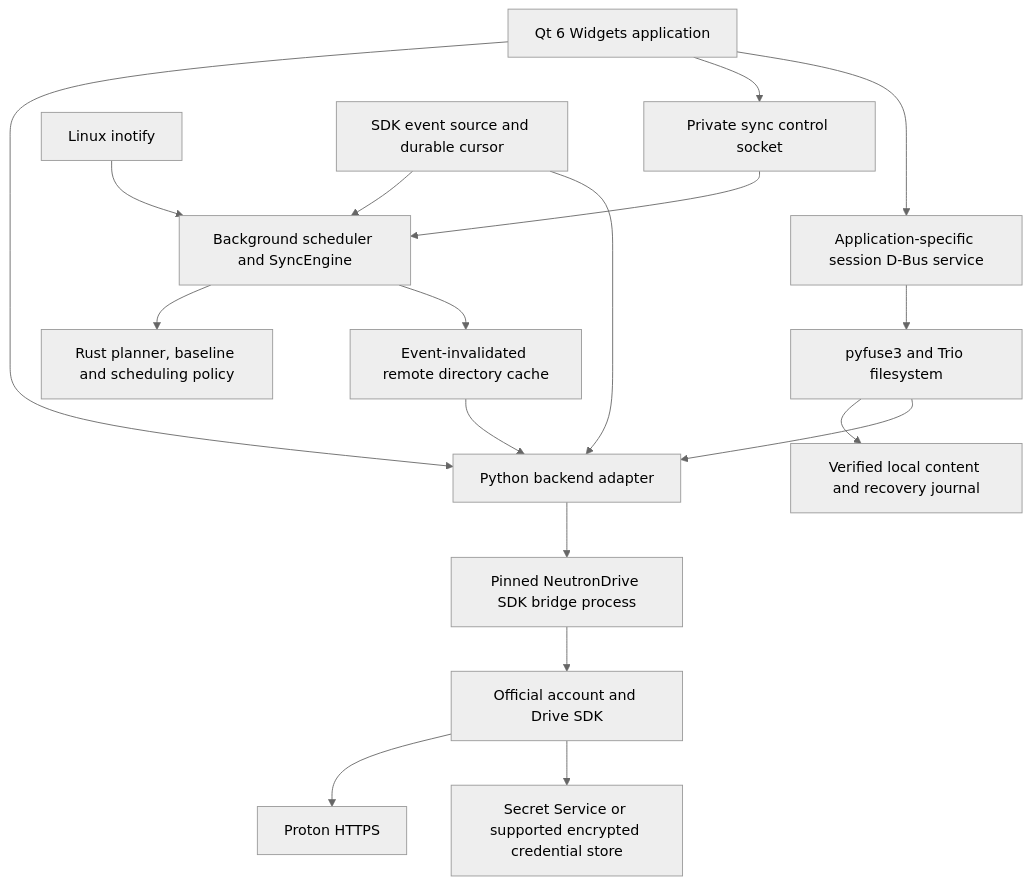
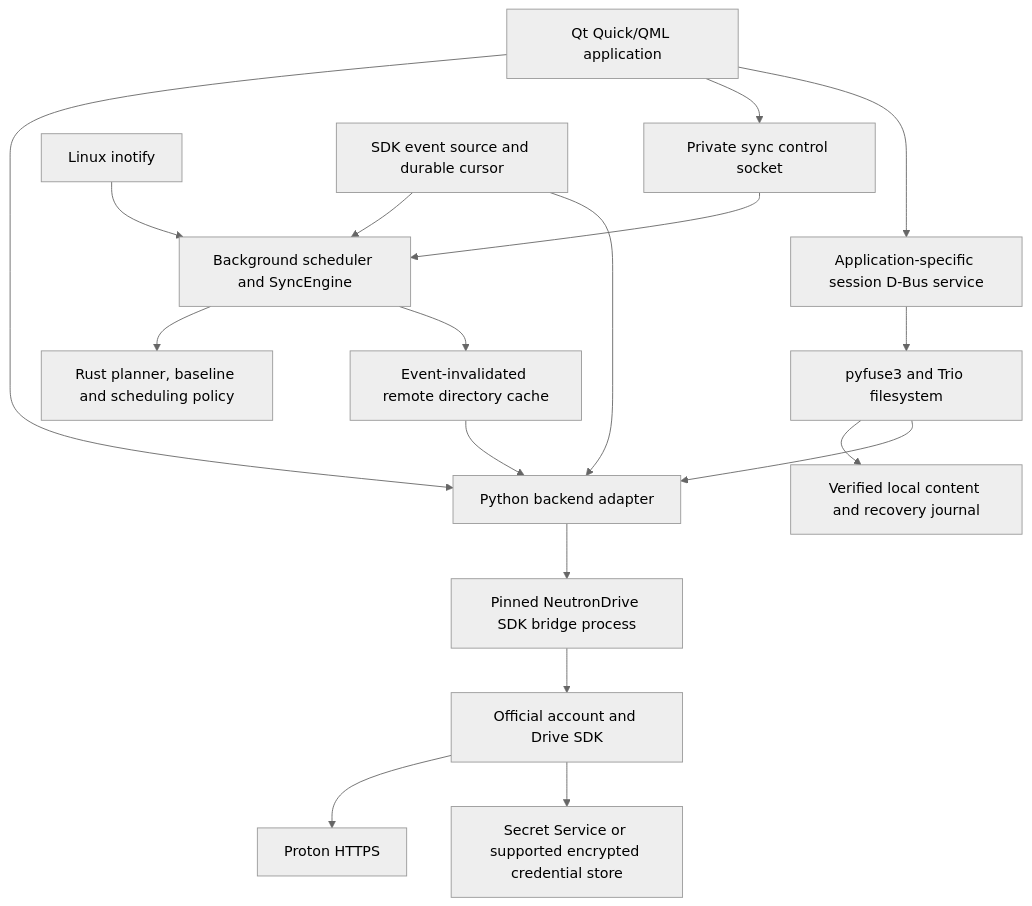
The diagram in docs/ARCHITECTURE.md (SigmaCodez/NeutronDrive), drawn with Mermaid (neutral theme) before and after one commit. The commit also changed 51 other files, not shown here.

Commit message:
Move the interface to Qt Quick QML and decode local sync events in Rust

````diff
--- a/docs/ARCHITECTURE.md
+++ b/docs/ARCHITECTURE.md
@@ -3,20 +3,20 @@
 ```mermaid
 flowchart TD
-    GTK[Qt 6 Widgets application] --> Backend[Python backend adapter]
+    GTK[Qt Quick/QML application] --> Backend[Python backend adapter]
     GTK --> IPC[Private sync control socket]
     IPC --> Sync[Background scheduler and SyncEngine]
     Sync --> Rust[Rust planner, baseline and scheduling policy]
     Inotify[Linux inotify] --> Sync
     Events[SDK event source and durable cursor] --> Sync
     Sync --> Cache[Event-invalidated remote directory cache]
     Cache --> Backend
     GTK --> DBus[Application-specific session D-Bus service]
     DBus --> FUSE[pyfuse3 and Trio filesystem]
     FUSE --> Content[Verified local content and recovery journal]
     FUSE --> Backend
     Events --> Backend
     Backend --> CLI[Pinned NeutronDrive SDK bridge process]
     CLI --> SDK[Official account and Drive SDK]
     SDK --> Proton[Proton HTTPS]
     SDK --> Keyring[Secret Service or supported encrypted credential store]
 ```
````
